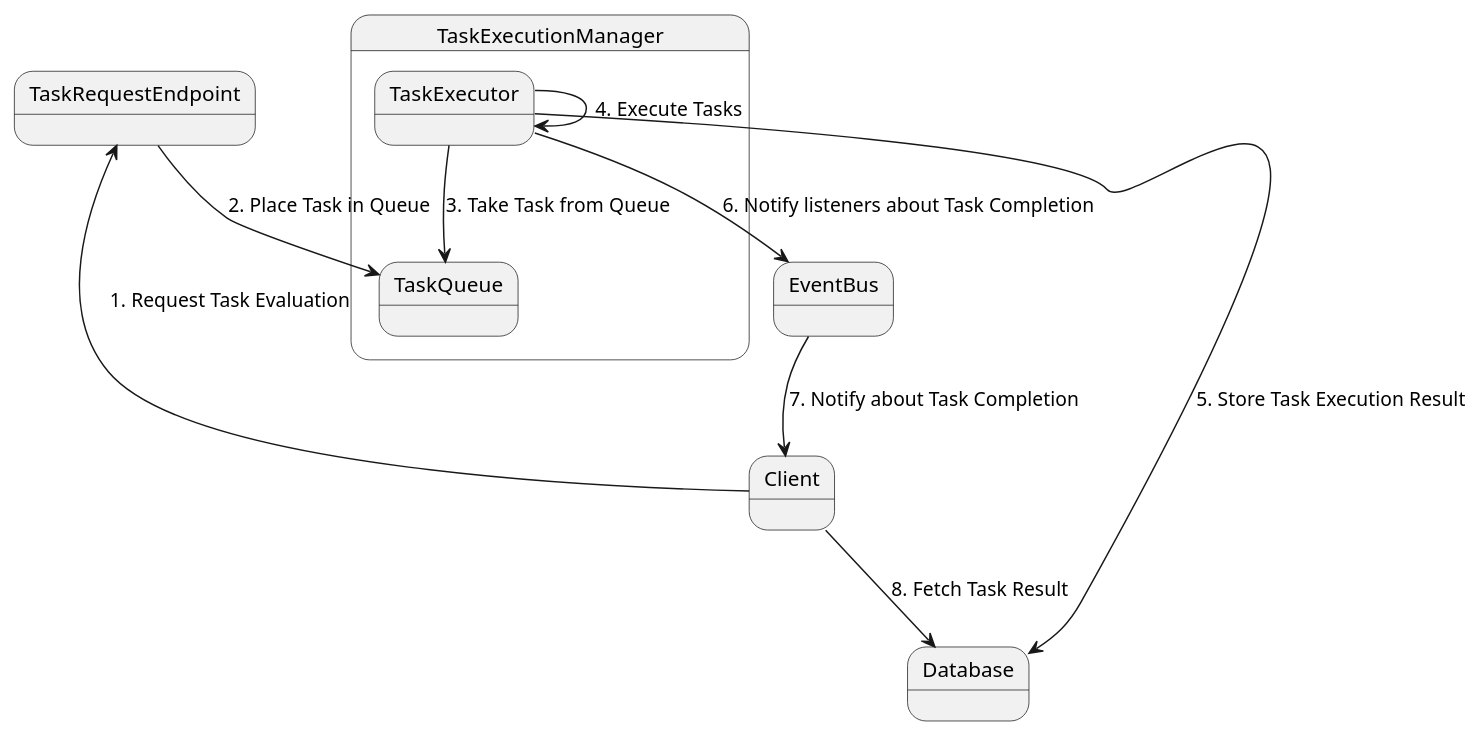
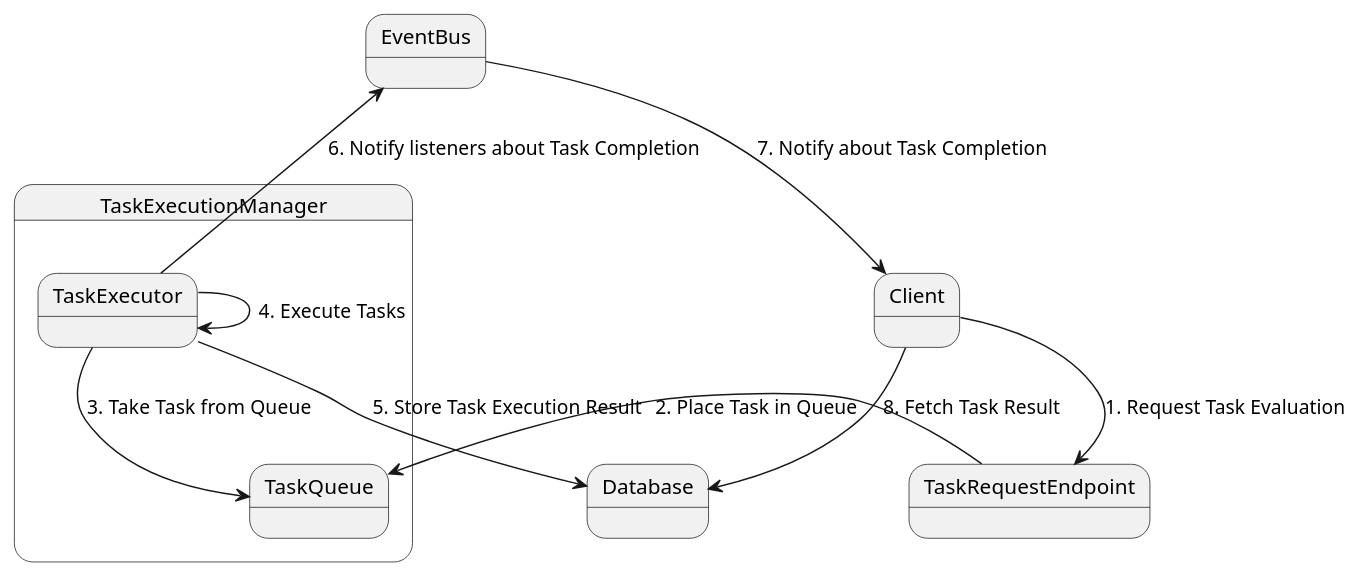
Before and after one commit to MathGrass/mathgrass: the diagram in docs/developer_guide/images/task_evaluation_process.puml, drawn with PlantUML.

Commit message:
style: Update task_evaluation_process.puml

```diff
--- a/docs/developer_guide/images/task_evaluation_process.puml
+++ b/docs/developer_guide/images/task_evaluation_process.puml
@@ -1,13 +1,13 @@
 @startuml
-Client -left-> TaskRequestEndpoint : 1. Request Task Evaluation
+Client --> TaskRequestEndpoint : 1. Request Task Evaluation
 EventBus --> Client : 7. Notify about Task Completion
 Client --> Database : 8. Fetch Task Result
 
 state TaskExecutionManager {
   TaskRequestEndpoint --> TaskQueue : 2. Place Task in Queue
   TaskExecutor --> TaskQueue : 3. Take Task from Queue
   TaskExecutor --> TaskExecutor : 4. Execute Tasks
   TaskExecutor --> EventBus : 6. Notify listeners about Task Completion
   TaskExecutor --> Database : 5. Store Task Execution Result
 }
 @enduml
```
